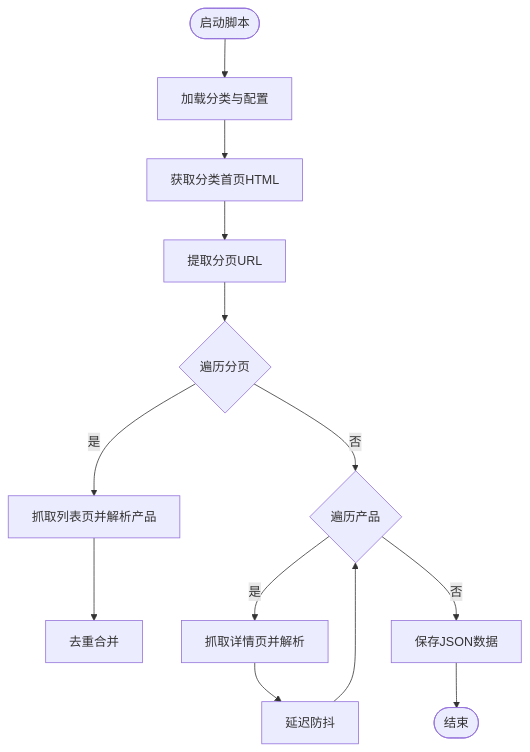
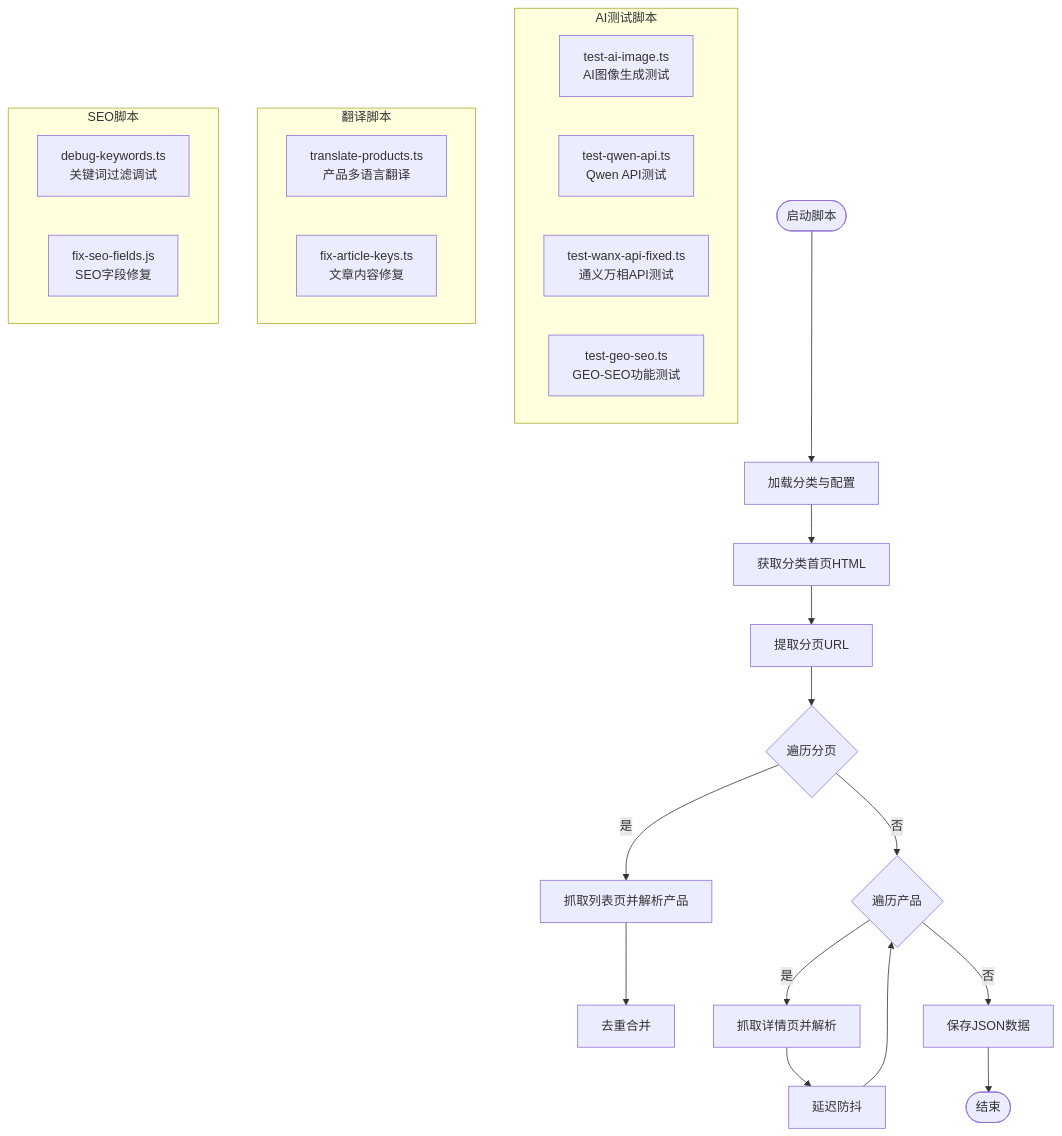
Before and after one commit to waltzhan/LEDTrade: the fifth of 6 diagrams in .qoder/repowiki/zh/content/开发者指南.md, drawn with Mermaid. The commit also changed other lines of this file and 20 other files, not shown here.

````diff
--- a/.qoder/repowiki/zh/content/开发者指南.md
+++ b/.qoder/repowiki/zh/content/开发者指南.md
@@ -209,15 +238,29 @@
 ```mermaid
 flowchart TD
 Start(["启动脚本"]) --> LoadCfg["加载分类与配置"]
 LoadCfg --> FetchCat["获取分类首页HTML"]
 FetchCat --> Pages["提取分页URL"]
 Pages --> ListLoop{"遍历分页"}
 ListLoop --> |是| FetchList["抓取列表页并解析产品"]
 FetchList --> Dedup["去重合并"]
 ListLoop --> |否| DetailLoop{"遍历产品"}
 DetailLoop --> |是| FetchDetail["抓取详情页并解析"]
 FetchDetail --> Delay["延迟防抖"]
 Delay --> DetailLoop
 DetailLoop --> |否| Save["保存JSON数据"]
 Save --> End(["结束"])
+subgraph "AI测试脚本"
+AI1["test-ai-image.ts<br/>AI图像生成测试"]
+AI2["test-qwen-api.ts<br/>Qwen API测试"]
+AI3["test-wanx-api-fixed.ts<br/>通义万相API测试"]
+AI4["test-geo-seo.ts<br/>GEO-SEO功能测试"]
+end
+subgraph "翻译脚本"
+TR1["translate-products.ts<br/>产品多语言翻译"]
+TR2["fix-article-keys.ts<br/>文章内容修复"]
+end
+subgraph "SEO脚本"
+SEO1["debug-keywords.ts<br/>关键词过滤调试"]
+SEO2["fix-seo-fields.js<br/>SEO字段修复"]
+end
 ```
````
